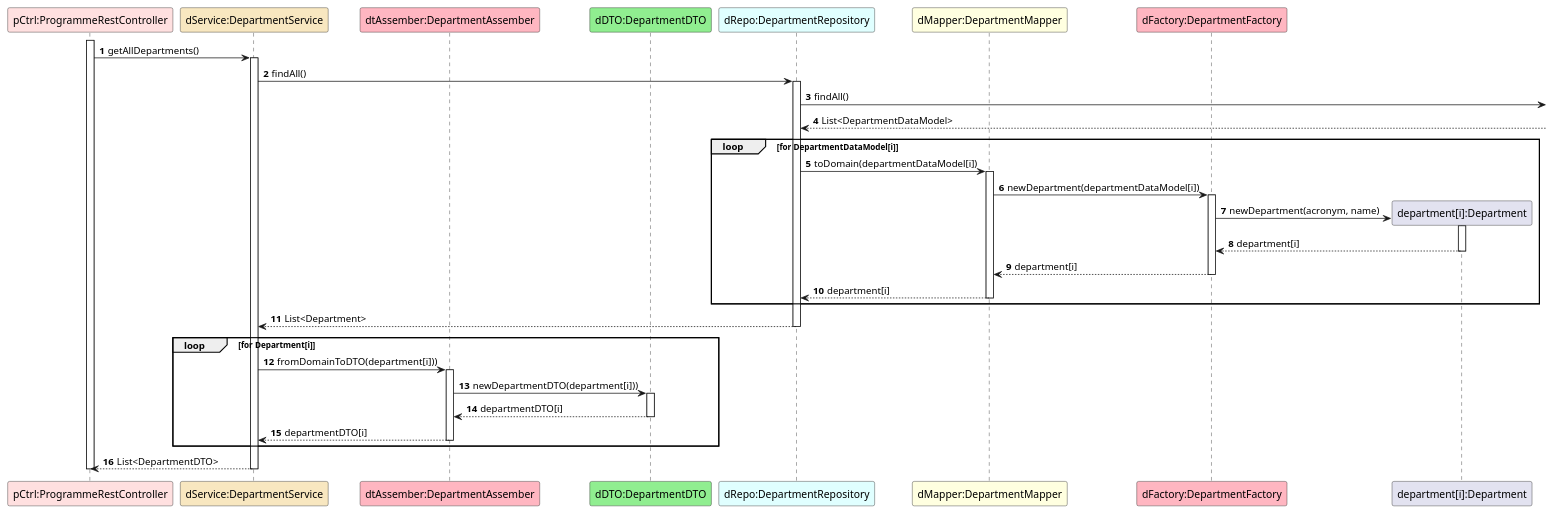
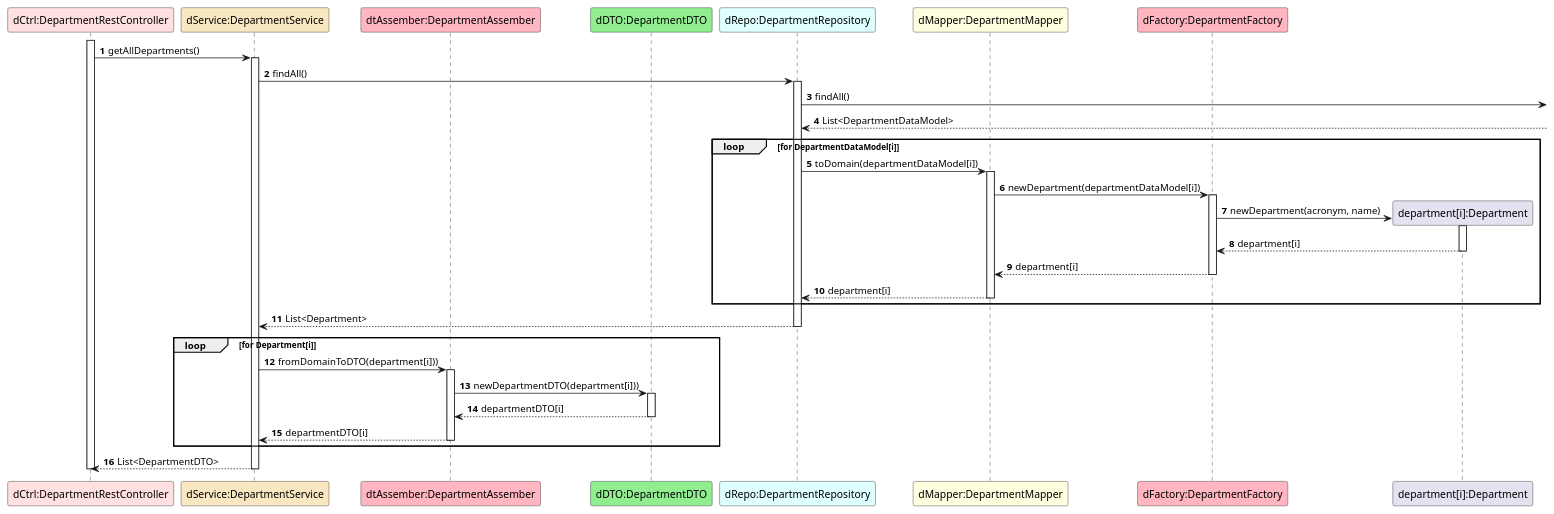
Before and after one commit to GasparISEP/DevOps-PAI: the diagram in docs/US31/ScenarioView/References/Ref-getAllDepartments.puml, drawn with PlantUML. The commit also changed 3 other files, not shown here.

Commit message:
Fix #653: Correction of RestController names in ScenarioView Level 4 diagrams and references for RegistarAProgrammeInTheSystem funcionality

```diff
--- a/docs/US31/ScenarioView/References/Ref-getAllDepartments.puml
+++ b/docs/US31/ScenarioView/References/Ref-getAllDepartments.puml
@@ -1,42 +1,42 @@
 @startuml
 autonumber
 
-participant "pCtrl:ProgrammeRestController" as C #implementation
+participant "dCtrl:DepartmentRestController" as C #implementation
 participant "dService:DepartmentService" as DPS #strategy
 participant "dtAssember:DepartmentAssember" as DA #lightpink
 participant "dDTO:DepartmentDTO" as DDTO #lightgreen
 participant "dRepo:DepartmentRepository" as DPR #lightcyan
 participant "dMapper:DepartmentMapper" as M #lightyellow
 participant "dFactory:DepartmentFactory" as F #lightpink
 participant "department[i]:Department" as DT
 
 activate C
 C -> DPS ++: getAllDepartments()
 
 DPS -> DPR ++: findAll()
 
 DPR -> : findAll()
 DPR <-- : List<DepartmentDataModel>
 
 loop for DepartmentDataModel[i]
 DPR -> M ++: toDomain(departmentDataModel[i])
 M -> F ++: newDepartment(departmentDataModel[i])
 F -> DT**: newDepartment(acronym, name)
 activate DT
 DT --> F --: department[i]
 
 F --> M --: department[i]
 M --> DPR --: department[i]
 end
 
 DPR --> DPS --: List<Department>
 loop for Department[i]
 DPS -> DA ++ :fromDomainToDTO(department[i]))
 DA -> DDTO ++: newDepartmentDTO(department[i]))
 DDTO --> DA --: departmentDTO[i]
 DA --> DPS --: departmentDTO[i]
 end
 
 DPS --> C --: List<DepartmentDTO>
 deactivate C
 @enduml
```
